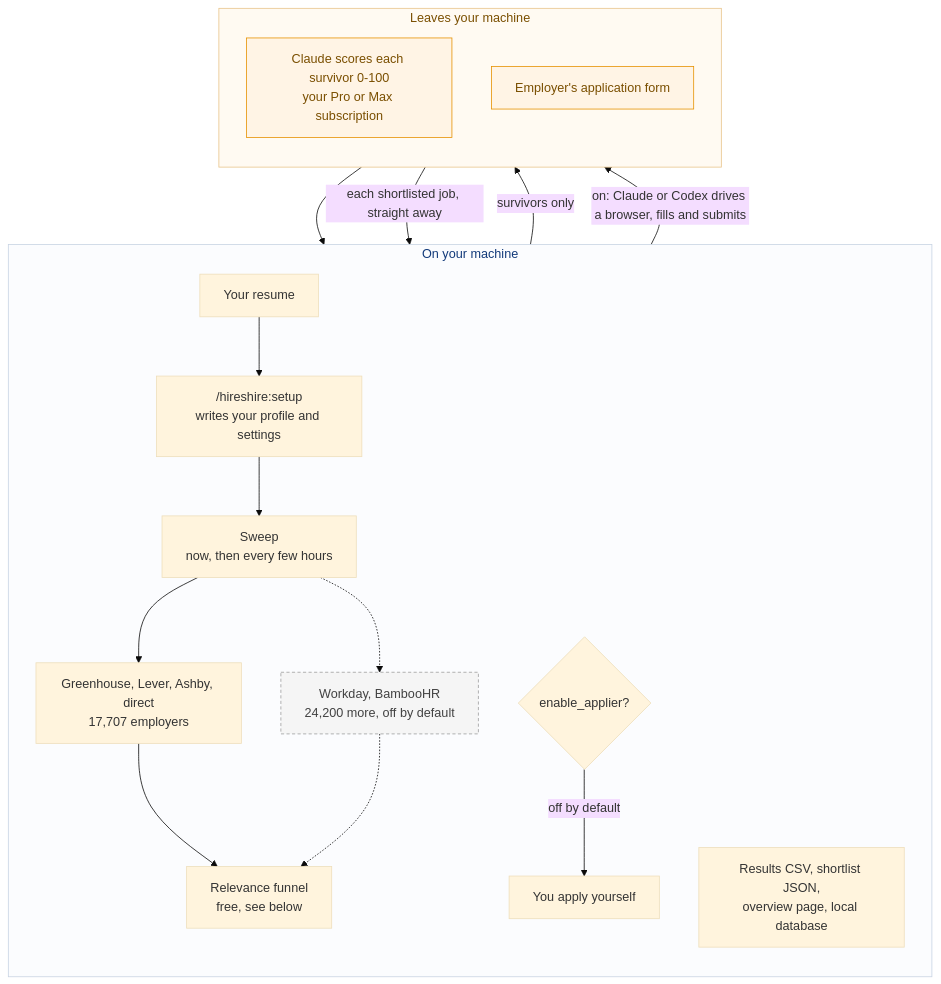
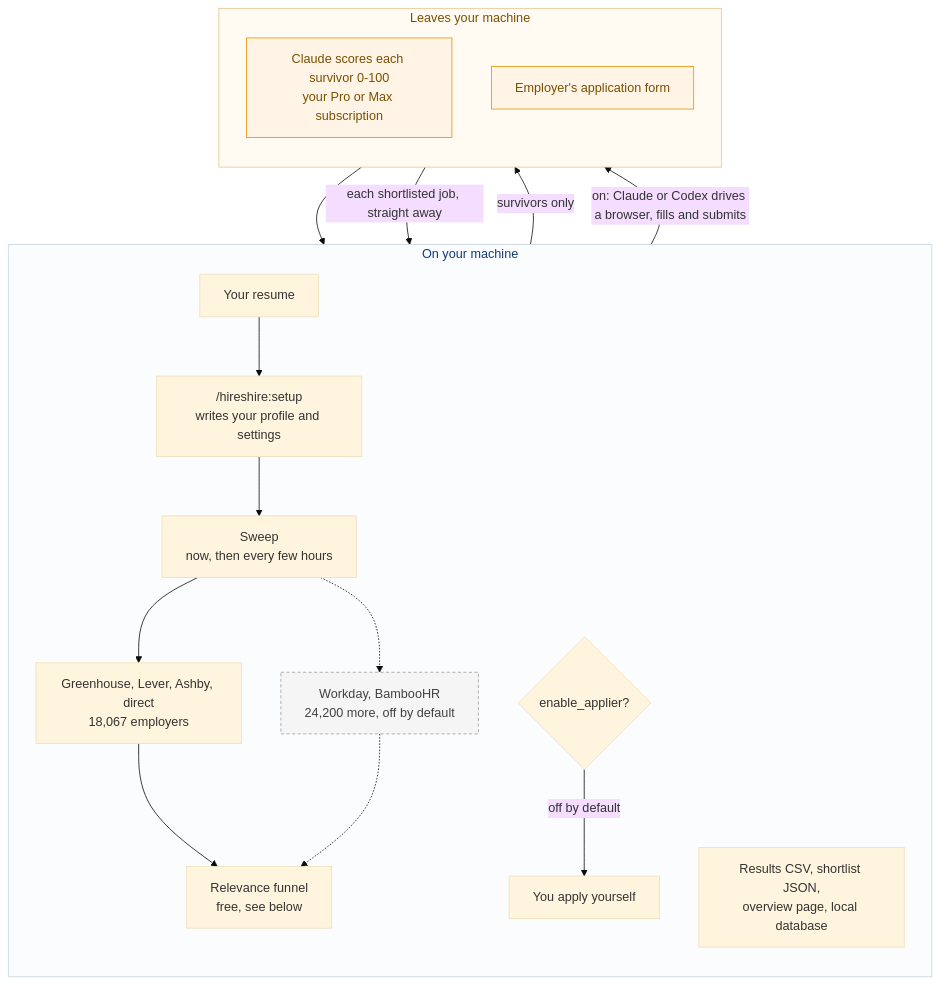
One commit to slowloris-98/HireShire-plugin changed the first of 2 diagrams in docs/TECH_ARCH.md. Above: the diagram before and after it, drawn with Mermaid (base theme). The commit also changed 3 other files, not shown here.

````diff
--- a/docs/TECH_ARCH.md
+++ b/docs/TECH_ARCH.md
@@ -17,38 +17,38 @@
 ```mermaid
 flowchart TD
     subgraph local["On your machine"]
         direction TB
         R["Your resume"]
         SET["/hireshire:setup<br/>writes your profile and settings"]
         SWEEP["Sweep<br/>now, then every few hours"]
-        B1["Greenhouse, Lever, Ashby, direct<br/>17,707 employers"]
+        B1["Greenhouse, Lever, Ashby, direct<br/>18,067 employers"]
         B2["Workday, BambooHR<br/>24,200 more, off by default"]
         FUN["Relevance funnel<br/>free, see below"]
         OUT["Results CSV, shortlist JSON,<br/>overview page, local database"]
         APP{"enable_applier?"}
         YOU["You apply yourself"]
 
         R --> SET --> SWEEP
         SWEEP --> B1 --> FUN
         SWEEP -.-> B2 -.-> FUN
         APP -->|"off by default"| YOU
     end
 
     subgraph away["Leaves your machine"]
         direction TB
         CLAUDE["Claude scores each survivor 0-100<br/>your Pro or Max subscription"]
         EMP["Employer's application form"]
     end
 
     FUN -->|"survivors only"| CLAUDE
     CLAUDE --> OUT
     CLAUDE -->|"each shortlisted job, straight away"| APP
     APP -->|"on: Claude or Codex drives a browser, fills and submits"| EMP
 
     classDef off fill:#f5f5f5,stroke:#9e9e9e,color:#424242,stroke-dasharray:4 3
     classDef away fill:#fff4e5,stroke:#e69100,color:#7a4f00
     class B2 off
     class CLAUDE,EMP away
     style local fill:#fbfcfe,stroke:#c8d3e3,color:#123a7a
     style away fill:#fffaf2,stroke:#e8c48a,color:#7a4f00
 ```
````
